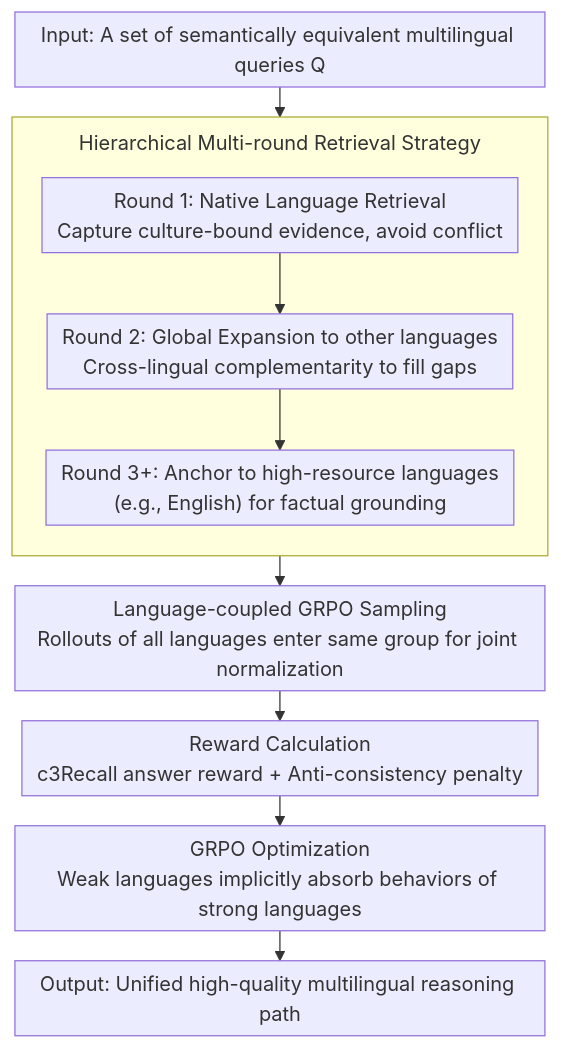
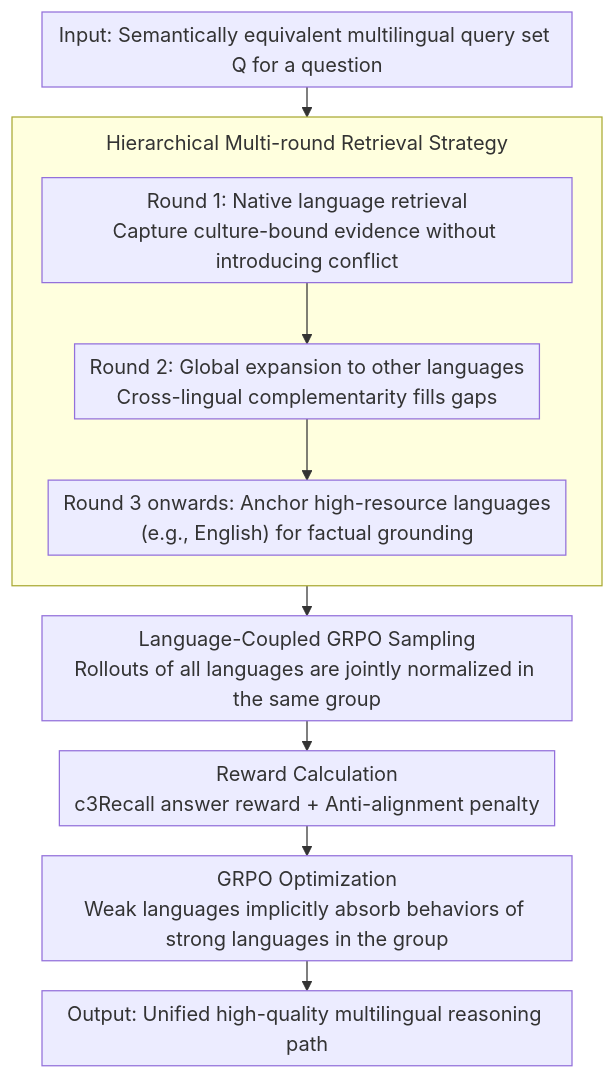
Before and after one commit to zhaoyang97/Paper-Notes-en: the diagram in docs/ACL2026/information_retrieval/language-coupled_reinforcement_learning_for_multilingual_retrieval-augmented_gen.md, drawn with Mermaid. The commit also changed other lines of this file and 5084 other files, not shown here.

````diff
--- a/docs/ACL2026/information_retrieval/language-coupled_reinforcement_learning_for_multilingual_retrieval-augmented_gen.md
+++ b/docs/ACL2026/information_retrieval/language-coupled_reinforcement_learning_for_multilingual_retrieval-augmented_gen.md
@@ -42,14 +42,14 @@
 ```mermaid
 %%{init: {'flowchart': {'rankSpacing': 24, 'nodeSpacing': 28, 'padding': 6, 'wrappingWidth': 400, 'subGraphTitleMargin': {'top': 8, 'bottom': 16}}}}%%
 flowchart TD
-    A["Input: A set of semantically equivalent multilingual queries Q"] --> RET
+    A["Input: Semantically equivalent multilingual query set Q for a question"] --> RET
     subgraph RET["Hierarchical Multi-round Retrieval Strategy"]
         direction TB
-        B["Round 1: Native Language Retrieval<br/>Capture culture-bound evidence, avoid conflict"] --> C["Round 2: Global Expansion to other languages<br/>Cross-lingual complementarity to fill gaps"]
-        C --> D["Round 3+: Anchor to high-resource languages<br/>(e.g., English) for factual grounding"]
+        B["Round 1: Native language retrieval<br/>Capture culture-bound evidence without introducing conflict"] --> C["Round 2: Global expansion to other languages<br/>Cross-lingual complementarity fills gaps"]
+        C --> D["Round 3 onwards: Anchor high-resource languages<br/>(e.g., English) for factual grounding"]
     end
-    RET --> E["Language-coupled GRPO Sampling<br/>Rollouts of all languages enter same group for joint normalization"]
-    E --> F["Reward Calculation<br/>c3Recall answer reward + Anti-consistency penalty"]
-    F --> G["GRPO Optimization<br/>Weak languages implicitly absorb behaviors of strong languages"]
+    RET --> E["Language-Coupled GRPO Sampling<br/>Rollouts of all languages are jointly normalized in the same group"]
+    E --> F["Reward Calculation<br/>c3Recall answer reward + Anti-alignment penalty"]
+    F --> G["GRPO Optimization<br/>Weak languages implicitly absorb behaviors of strong languages in the group"]
     G --> H["Output: Unified high-quality multilingual reasoning path"]
 ```
````
